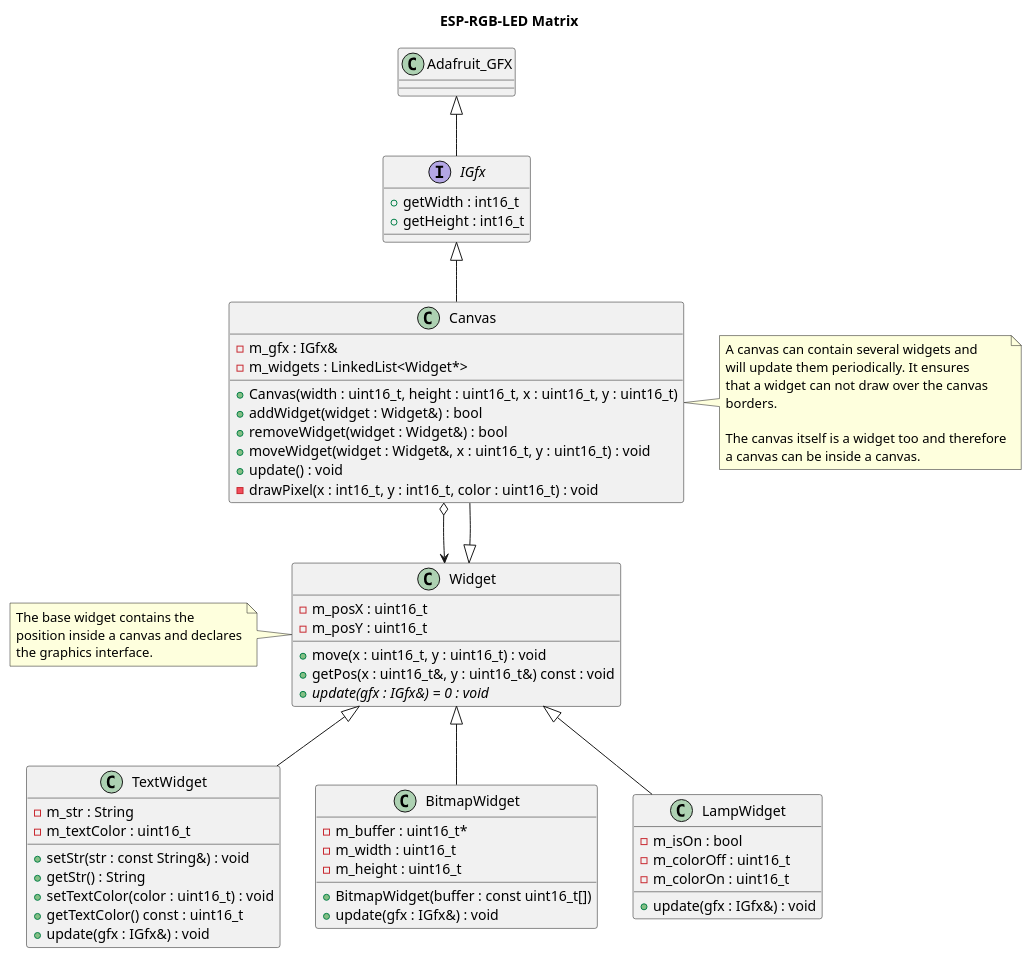
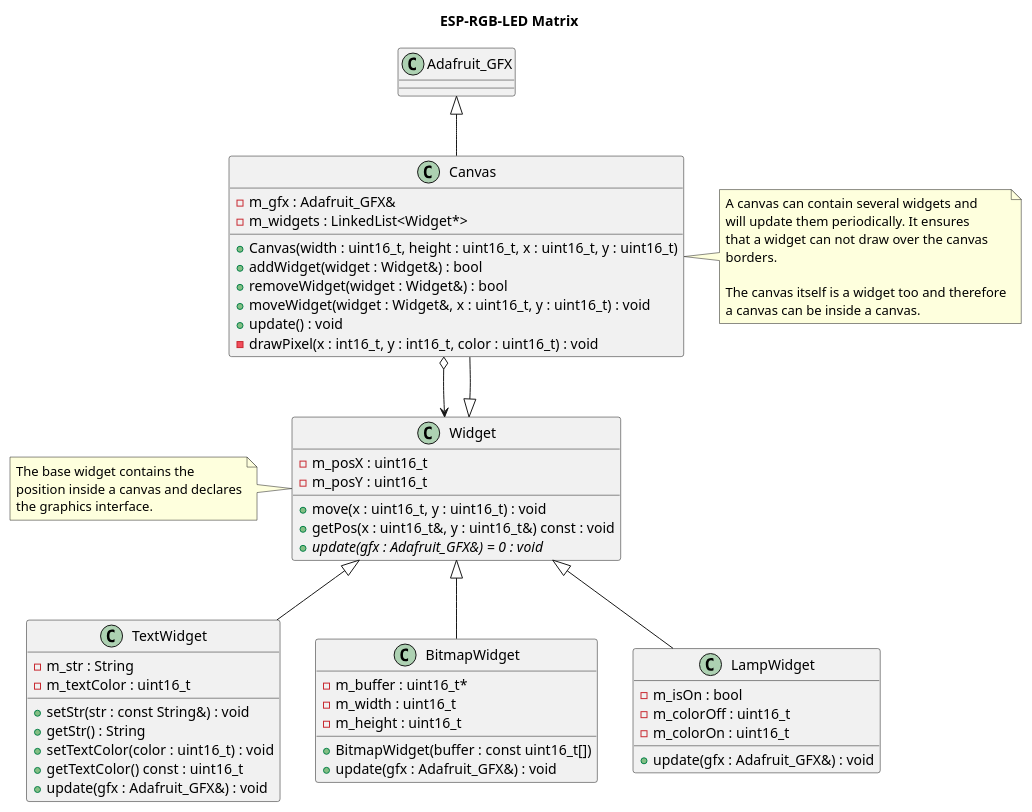
One commit to BlueAndi/Pixelix changed the diagram in doc/design/widgets.plantuml. Above: the diagram before and after it, drawn with PlantUML. The commit also changed 10 other files, not shown here.

First line of the commit message:
Design change: IGfx was replaced completely and for test purposes the Adafruit_GFX is now as "fake" in. This was necessary to be able to let the widgets draw inside the LedMatrix. Because the LedMatrix couldn't inherit from IGfx, but already inherited the gfx from the Adafruit_GFX.

```diff
--- a/doc/design/widgets.plantuml
+++ b/doc/design/widgets.plantuml
@@ -1,85 +1,77 @@
 @startuml
 
 title ESP-RGB-LED Matrix
 
 class Adafruit_GFX
 
-interface IGfx {
-
-    + getWidth : int16_t
-    + getHeight : int16_t
-}
-
-Adafruit_GFX <|-- IGfx
-
 class Canvas {
-    - m_gfx : IGfx&
+    - m_gfx : Adafruit_GFX&
     - m_widgets : LinkedList<Widget*>
     + Canvas(width : uint16_t, height : uint16_t, x : uint16_t, y : uint16_t)
     + addWidget(widget : Widget&) : bool
     + removeWidget(widget : Widget&) : bool
     + moveWidget(widget : Widget&, x : uint16_t, y : uint16_t) : void
     + update() : void
     - drawPixel(x : int16_t, y : int16_t, color : uint16_t) : void
 }
 
-IGfx <|-- Canvas
+Adafruit_GFX <|-- Canvas
 Widget <|-- Canvas
 Canvas o--> Widget
 
 note right of Canvas
     A canvas can contain several widgets and
     will update them periodically. It ensures
     that a widget can not draw over the canvas
     borders.
 
     The canvas itself is a widget too and therefore
     a canvas can be inside a canvas.
 end note
 
 class Widget {
     - m_posX : uint16_t
     - m_posY : uint16_t
     + move(x : uint16_t, y : uint16_t) : void
     + getPos(x : uint16_t&, y : uint16_t&) const : void
-    + {abstract} update(gfx : IGfx&) = 0 : void
+    + {abstract} update(gfx : Adafruit_GFX&) = 0 : void
 }
 
 note left of Widget
     The base widget contains the
     position inside a canvas and declares
     the graphics interface.
 end note
 
 class TextWidget {
     - m_str : String
     - m_textColor : uint16_t
     + setStr(str : const String&) : void
     + getStr() : String
     + setTextColor(color : uint16_t) : void
     + getTextColor() const : uint16_t
-    + update(gfx : IGfx&) : void
+    + update(gfx : Adafruit_GFX&) : void
 }
 
 Widget <|-- TextWidget
 
 class BitmapWidget {
     - m_buffer : uint16_t*
     - m_width : uint16_t
     - m_height : uint16_t
     + BitmapWidget(buffer : const uint16_t[])
-    + update(gfx : IGfx&) : void
+    + update(gfx : Adafruit_GFX&) : void
 }
 
 Widget <|-- BitmapWidget
 
 class LampWidget {
     - m_isOn : bool
     - m_colorOff : uint16_t
     - m_colorOn : uint16_t
-    + update(gfx : IGfx&) : void
+    + update(gfx : Adafruit_GFX&) : void
 }
 
 Widget <|-- LampWidget
 
 @enduml
```
